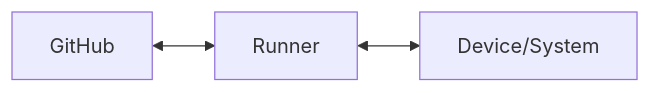
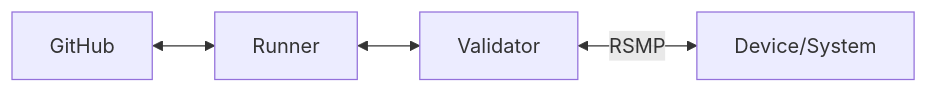
One commit to rsmp-nordic/rsmp_website changed the diagram in pages/testhub.md. Above: the diagram before and after it, drawn with Mermaid. The commit also changed other lines of this file, not shown here.

Commit message:
update testhub diagram and text

````diff
--- a/pages/testhub.md
+++ b/pages/testhub.md
@@ -16,5 +16,6 @@
 ```mermaid
 graph LR
 GitHub <--> Runner
-Runner <--> Device/System
+Runner <--> Validator
+Validator <-->|RSMP| Device/System
 ```
````
